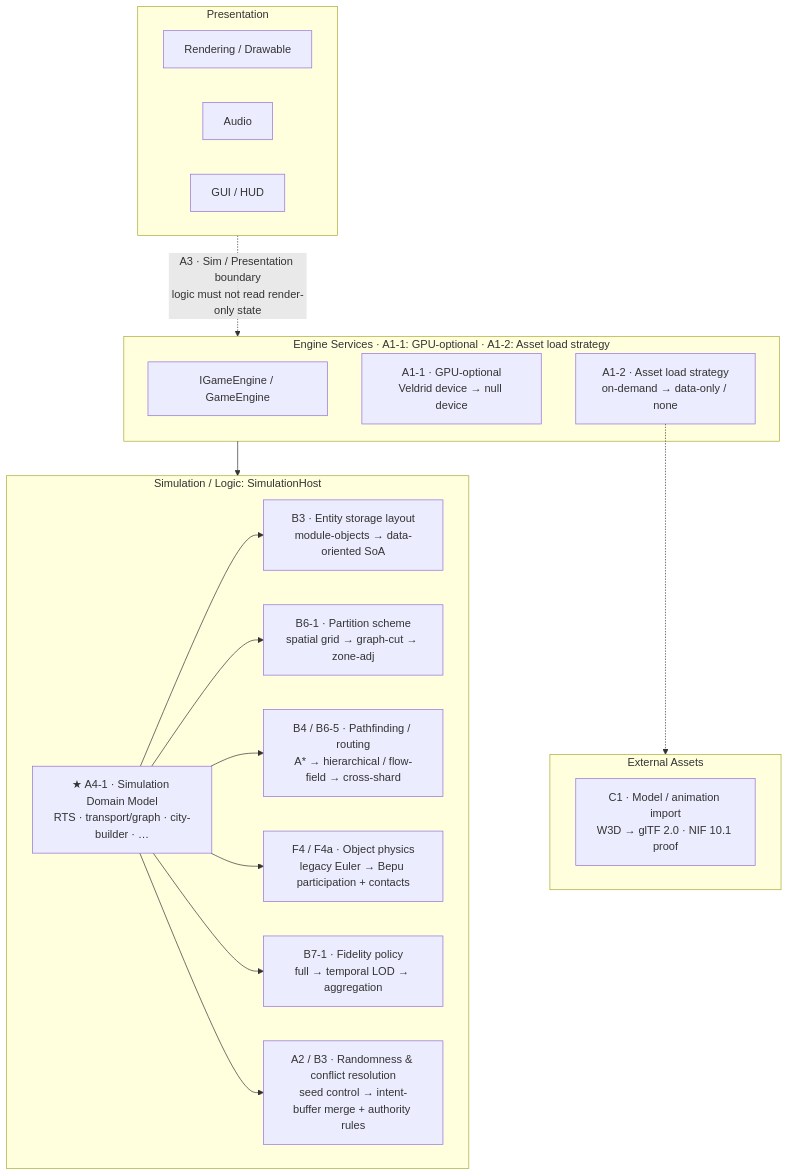
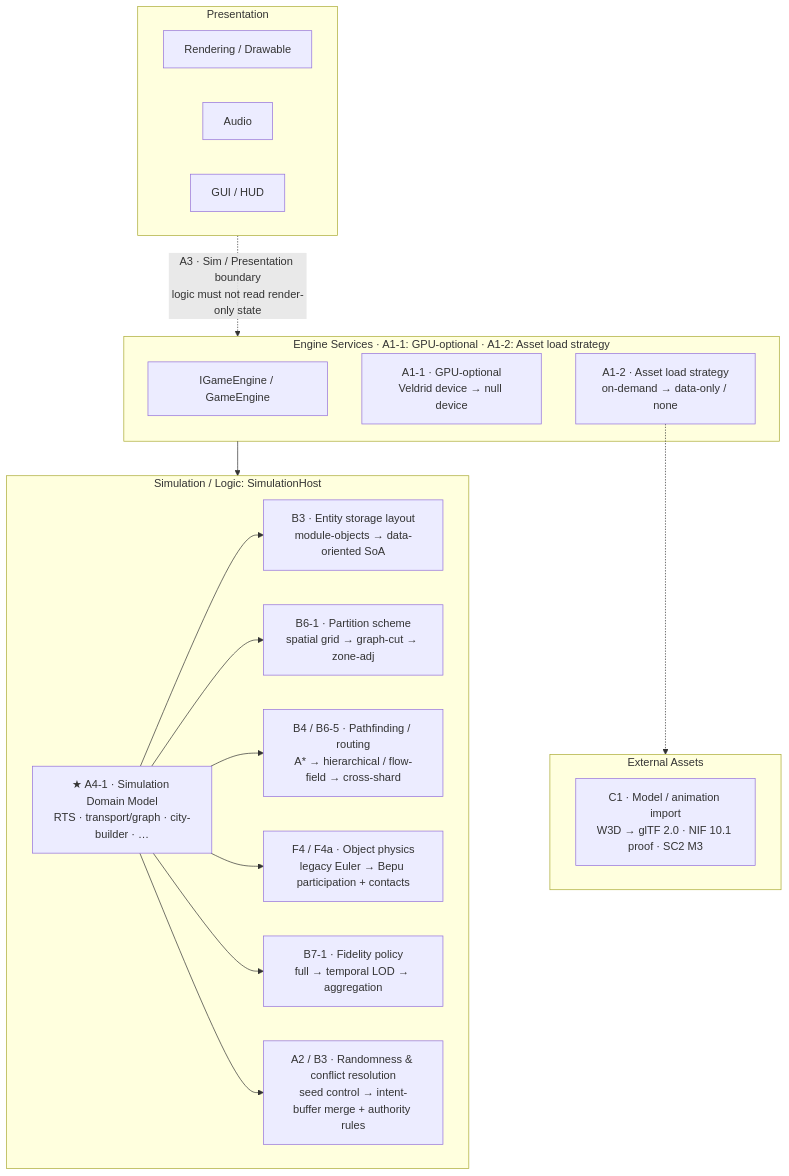
One commit to rmessinger/Panopticon changed the diagram in docs/roadmap/seams.md. Above: the diagram before and after it, drawn with Mermaid. The commit also changed other lines of this file and 23 other files, not shown here.

````diff
--- a/docs/roadmap/seams.md
+++ b/docs/roadmap/seams.md
@@ -50,39 +50,39 @@
 ```mermaid
 graph TD
     subgraph PRES["Presentation"]
         RENDER[Rendering / Drawable]
         AUDIO[Audio]
         GUI[GUI / HUD]
     end
 
     subgraph ENG["Engine Services  ·  A1-1: GPU-optional  ·  A1-2: Asset load strategy"]
         IGAME[IGameEngine / GameEngine]
         GPU["A1-1 · GPU-optional\nVeldrid device → null device"]
         ALOAD["A1-2 · Asset load strategy\non-demand → data-only / none"]
     end
 
     subgraph SIM["Simulation / Logic: SimulationHost"]
         DOM["★ A4-1 · Simulation Domain Model\nRTS · transport/graph · city-builder · …"]
         STORE["B3 · Entity storage layout\nmodule-objects → data-oriented SoA"]
         PART["B6-1 · Partition scheme\nspatial grid → graph-cut → zone-adj"]
         PATH["B4 / B6-5 · Pathfinding / routing\nA* → hierarchical / flow-field → cross-shard"]
         PHYS["F4 / F4a · Object physics\nlegacy Euler → Bepu participation + contacts"]
         FID["B7-1 · Fidelity policy\nfull → temporal LOD → aggregation"]
         RNG["A2 / B3 · Randomness & conflict resolution\nseed control → intent-buffer merge + authority rules"]
     end
 
     subgraph ASSETS["External Assets"]
-        IMPORT["C1 · Model / animation import\nW3D → glTF 2.0 · NIF 10.1 proof"]
+        IMPORT["C1 · Model / animation import\nW3D → glTF 2.0 · NIF 10.1 proof · SC2 M3"]
     end
 
     PRES -. "A3 · Sim / Presentation boundary\nlogic must not read render-only state" .-> ENG
     ENG --> SIM
     ALOAD -.-> ASSETS
 
     DOM --> STORE
     DOM --> PART
     DOM --> PATH
     DOM --> PHYS
     DOM --> FID
     DOM --> RNG
 ```
````
